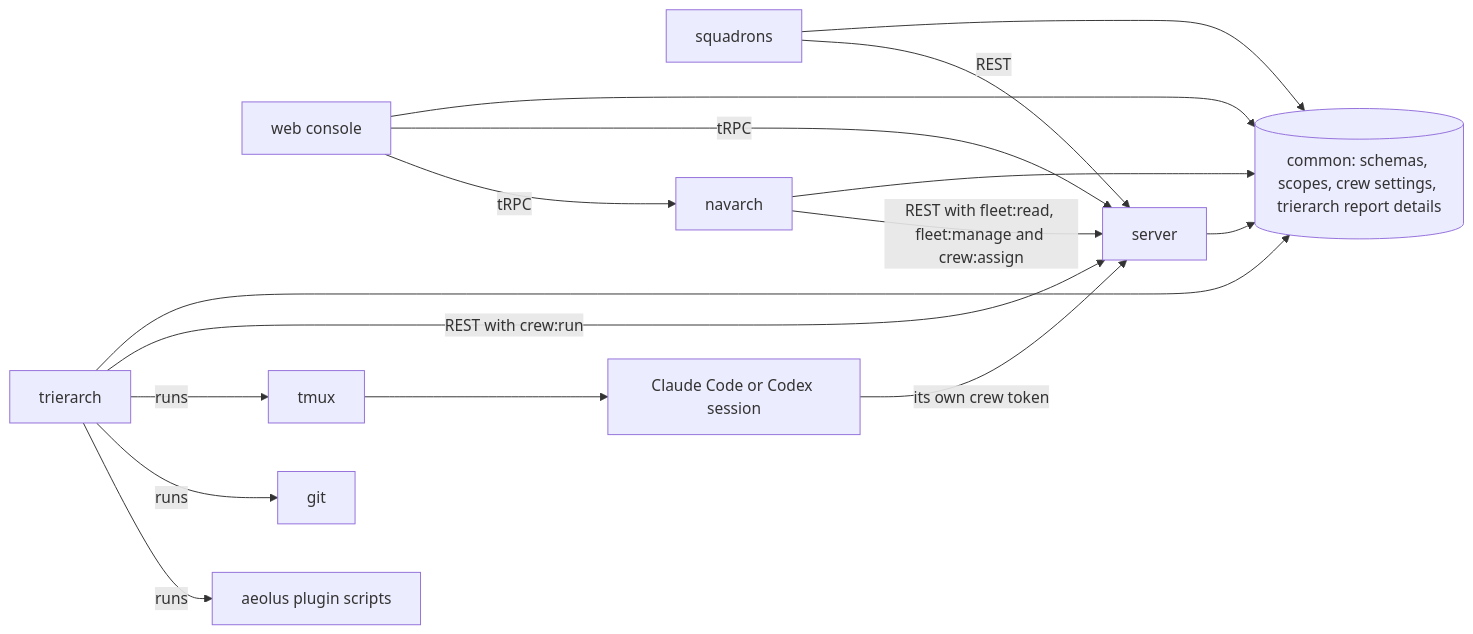
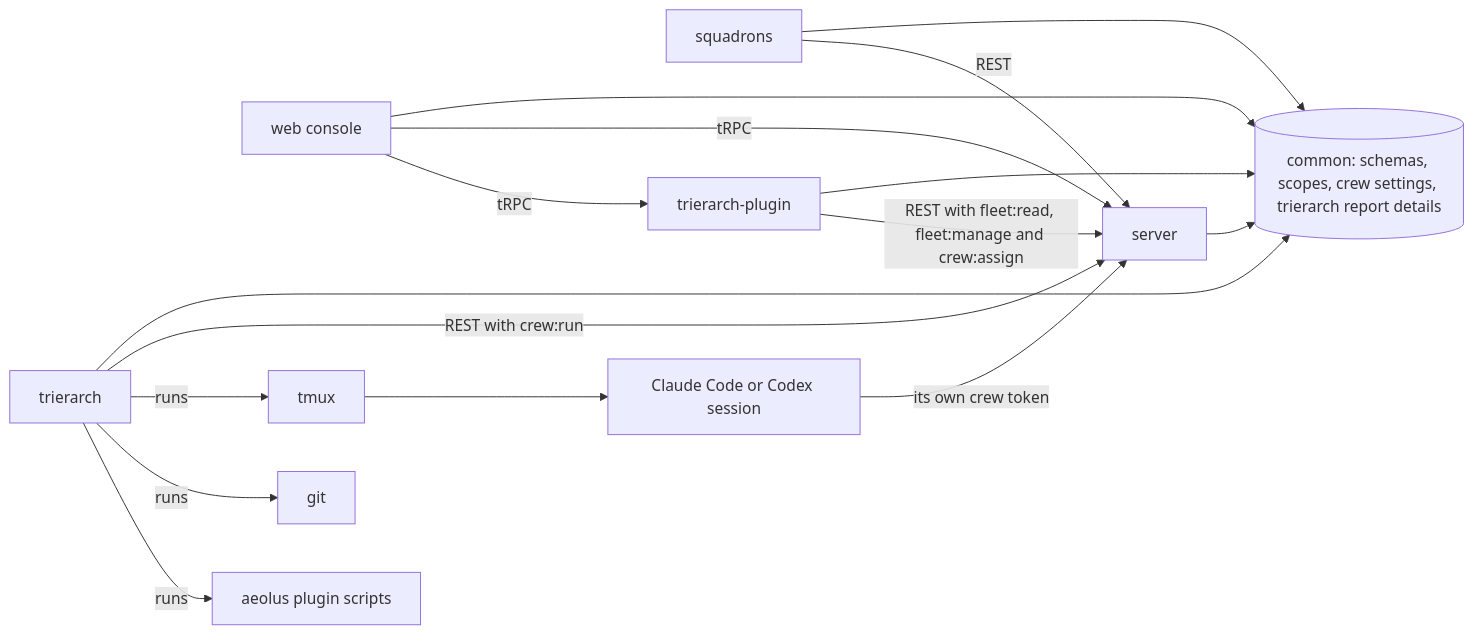
One commit to ThomasHendrickx/aeolus-fleet changed the sixth of 6 diagrams in docs/architecture.md. Above: the diagram before and after it, drawn with Mermaid. The commit also changed other lines of this file and 8 other files, not shown here.

First line of the commit message:
docs(trierarch): the trierarch plugin is @aeolus-fleet/trierarch-plugin

````diff
--- a/docs/architecture.md
+++ b/docs/architecture.md
@@ -342,19 +342,19 @@
 ```mermaid
 flowchart LR
   common[(common: schemas, scopes, crew settings, trierarch report details)]
   server[server] --> common
   web[web console] --> common
   squadrons[squadrons] --> common
-  navarch[navarch] --> common
+  plugin[trierarch-plugin] --> common
   trierarch[trierarch] --> common
   web -- tRPC --> server
-  web -- tRPC --> navarch
+  web -- tRPC --> plugin
   squadrons -- REST --> server
-  navarch -- REST with fleet:read, fleet:manage and crew:assign --> server
+  plugin -- REST with fleet:read, fleet:manage and crew:assign --> server
   trierarch -- REST with crew:run --> server
   trierarch -- runs --> tmux[tmux]
   trierarch -- runs --> git[git]
   trierarch -- runs --> aeolusplugin[aeolus plugin scripts]
   tmux --> session[Claude Code or Codex session]
   session -- its own crew token --> server
 ```
````
